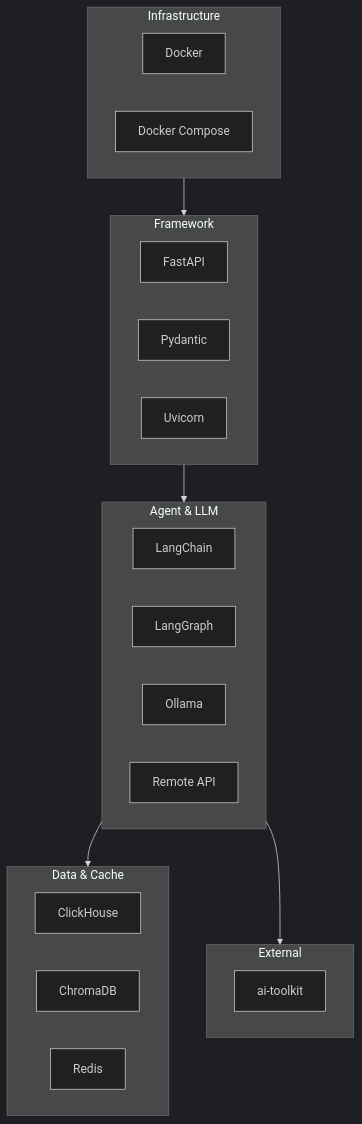
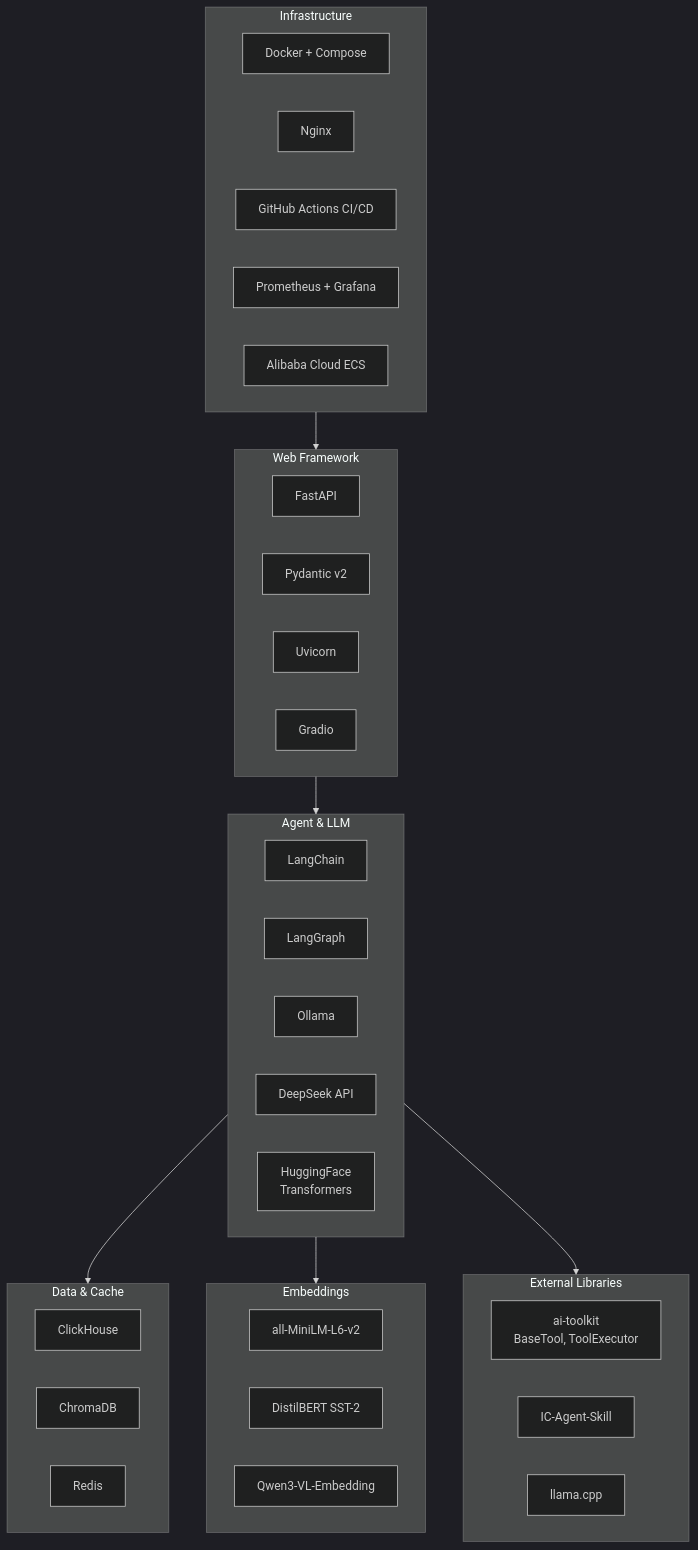
Before and after one commit to lenhop/IC-RAG-Agent: diagram 12 of 12 in docs/FRAMEWORK.md, drawn with Mermaid (dark theme). The commit also changed other lines of this file and 23 other files, not shown here.

````diff
--- a/docs/FRAMEWORK.md
+++ b/docs/FRAMEWORK.md
@@ -407,35 +560,48 @@
 ```mermaid
 flowchart TB
-    subgraph Framework["Framework"]
+    subgraph Framework["Web Framework"]
         FastAPI[FastAPI]
-        Pydantic[Pydantic]
+        Pydantic[Pydantic v2]
         Uvicorn[Uvicorn]
+        Gradio[Gradio]
     end
 
     subgraph Agent["Agent & LLM"]
         LangChain[LangChain]
         LangGraph[LangGraph]
         Ollama[Ollama]
-        Remote[Remote API]
+        DeepSeek[DeepSeek API]
+        HF[HuggingFace<br/>Transformers]
     end
 
     subgraph Data["Data & Cache"]
         ClickHouse[ClickHouse]
         ChromaDB[ChromaDB]
         Redis[Redis]
     end
 
-    subgraph External["External"]
-        ai_toolkit[ai-toolkit]
+    subgraph Embedding["Embeddings"]
+        MiniLM[all-MiniLM-L6-v2]
+        DistilBERT[DistilBERT SST-2]
+        Qwen3VL[Qwen3-VL-Embedding]
+    end
+
+    subgraph External["External Libraries"]
+        ai_toolkit[ai-toolkit<br/>BaseTool, ToolExecutor]
+        ic_skill[IC-Agent-Skill]
+        llama_cpp[llama.cpp]
     end
 
     subgraph Infra["Infrastructure"]
-        Docker[Docker]
-        DockerCompose[Docker Compose]
+        Docker[Docker + Compose]
+        Nginx[Nginx]
+        GitHub[GitHub Actions CI/CD]
+        Prometheus[Prometheus + Grafana]
+        Aliyun[Alibaba Cloud ECS]
     end
 
-    Framework --> Agent
-    Agent --> Data
+    Framework --> Agent --> Data
+    Agent --> Embedding
     Agent --> External
     Infra --> Framework
 ```
````
